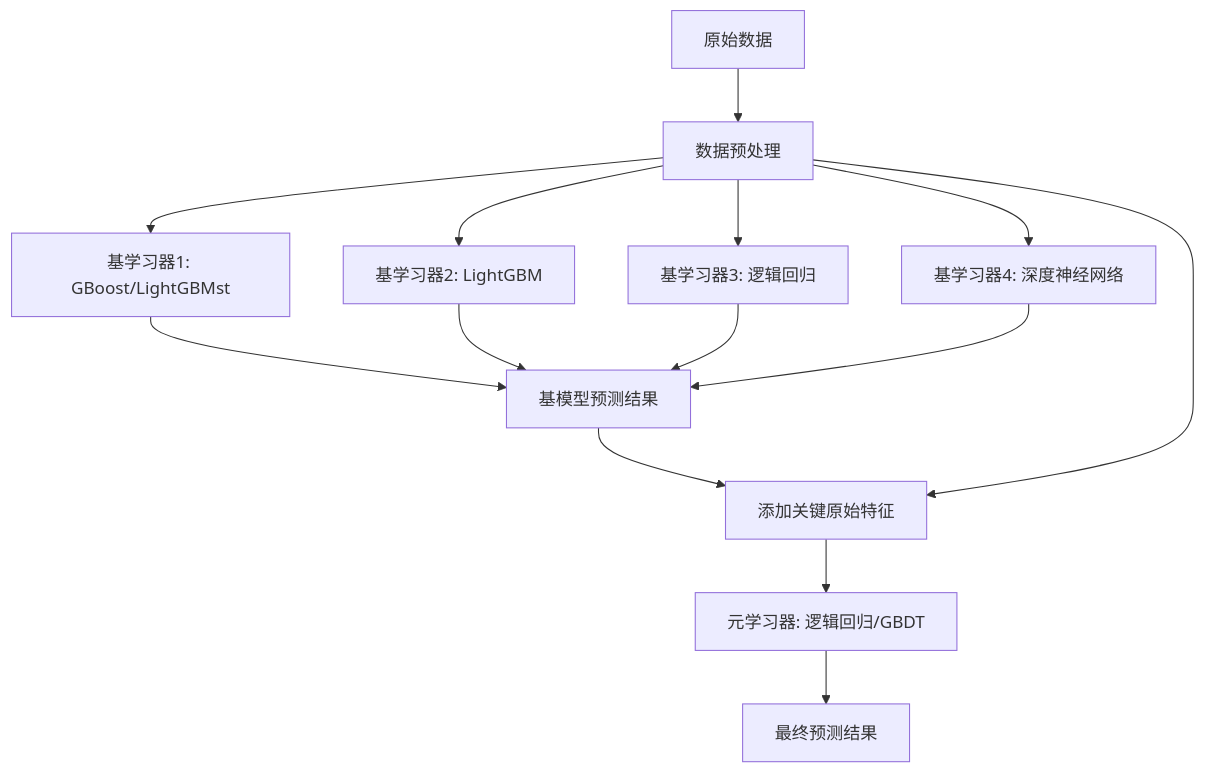
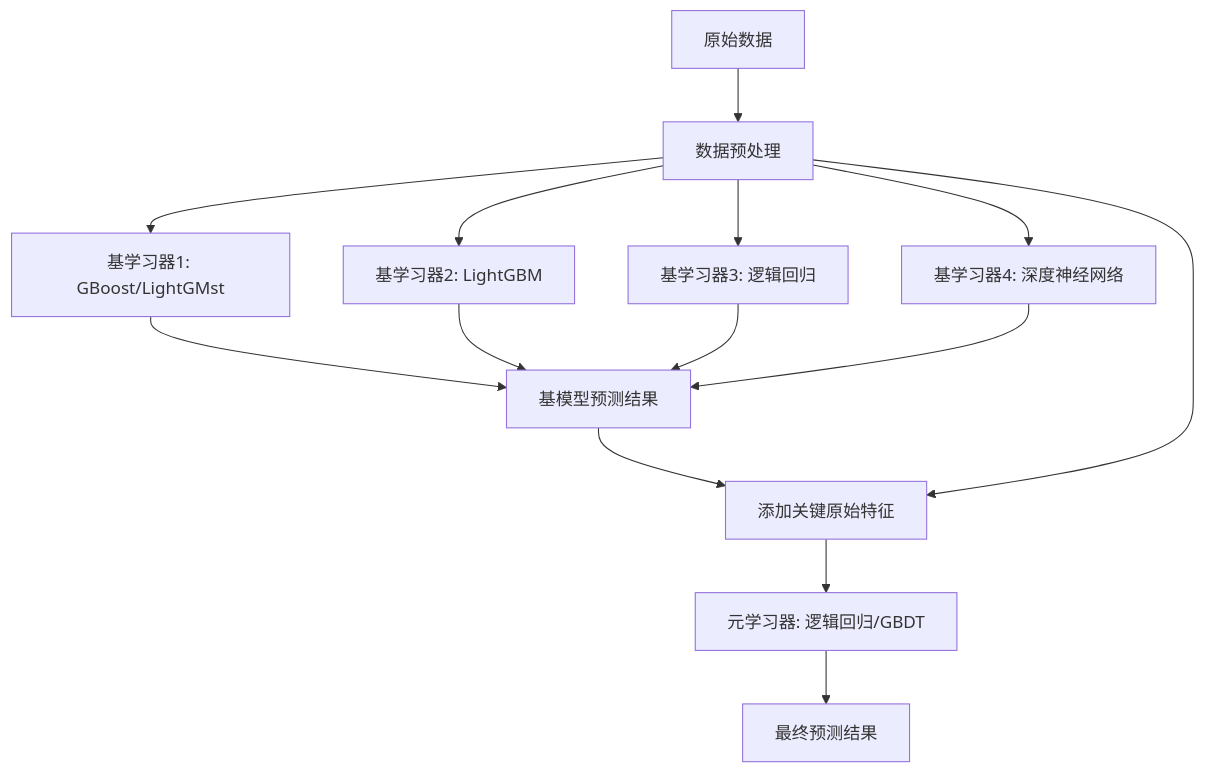
One commit to fromwhitetoblack/iodraw-files changed the diagram in all/未命名.md. Above: the diagram before and after it, drawn with Mermaid.

Commit message:
2025-03-11 11:58:44 update

````diff
--- a/all/未命名.md
+++ b/all/未命名.md
@@ -1,16 +1,16 @@
 ```mermaid
 graph TD
     A[原始数据] --> B[数据预处理]
-    B --> C1[基学习器1: GBoost/LightGBMst]
+    B --> C1[基学习器1: GBoost/LightGMst]
     B --> C2[基学习器2: LightGBM]
     B --> C3[基学习器3: 逻辑回归]
     B --> C4[基学习器4: 深度神经网络]
     C1 --> D[基模型预测结果]
     C2 --> D
     C3 --> D
     C4 --> D
     D --> E[元学习器输入特征]
     B --> E[添加关键原始特征]
     E --> F[元学习器: 逻辑回归/GBDT]
     F --> G[最终预测结果]
 ```
````
